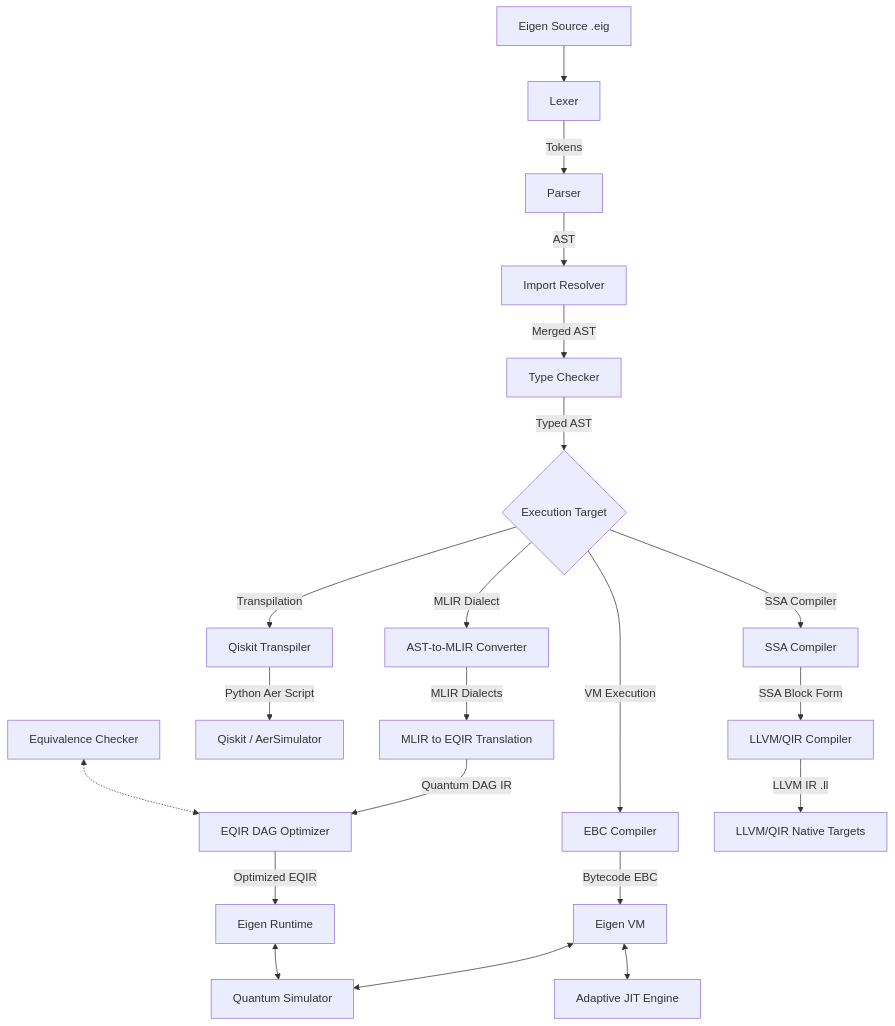
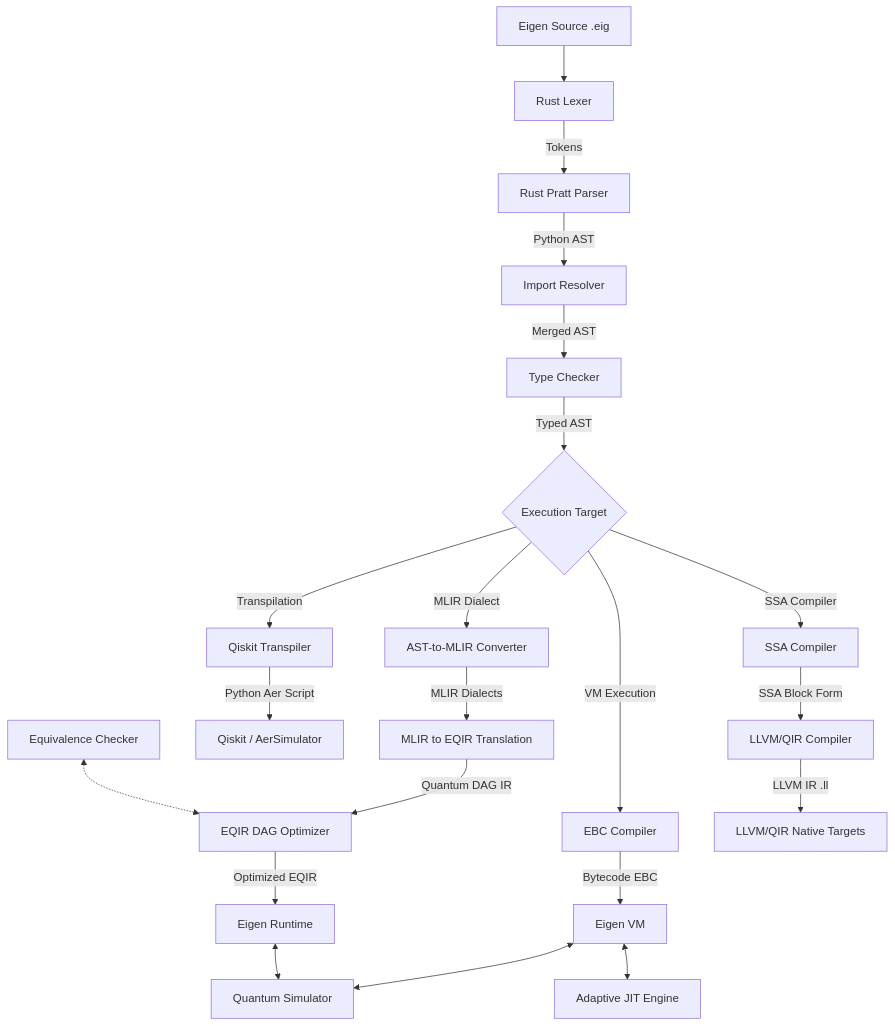
Before and after one commit to Eigenresearch/Eigen: the diagram in README.md, drawn with Mermaid. The commit also changed other lines of this file and 69 other files, not shown here.

````diff
--- a/README.md
+++ b/README.md
@@ -39,29 +42,29 @@
 ```mermaid
 graph TD
-    Source[Eigen Source .eig] --> Lexer[Lexer]
-    Lexer -->|Tokens| Parser[Parser]
-    Parser -->|AST| ImportResolver[Import Resolver]
+    Source[Eigen Source .eig] --> Lexer[Rust Lexer]
+    Lexer -->|Tokens| Parser[Rust Pratt Parser]
+    Parser -->|Python AST| ImportResolver[Import Resolver]
     ImportResolver -->|Merged AST| TypeChecker[Type Checker]
     TypeChecker -->|Typed AST| PipelineBranch{Execution Target}
     
     PipelineBranch -->|VM Execution| EBCCompiler[EBC Compiler]
     EBCCompiler -->|Bytecode EBC| VM[Eigen VM]
     VM <--> Simulator[Quantum Simulator]
     VM <--> JIT[Adaptive JIT Engine]
     
     PipelineBranch -->|MLIR Dialect| MLIRGen[AST-to-MLIR Converter]
     MLIRGen -->|MLIR Dialects| MLIROpt[MLIR to EQIR Translation]
     
     MLIROpt -->|Quantum DAG IR| Optimizer[EQIR DAG Optimizer]
     Optimizer -->|Optimized EQIR| Runtime[Eigen Runtime]
     Runtime <--> Simulator
     
     PipelineBranch -->|Transpilation| QiskitBackend[Qiskit Transpiler]
     QiskitBackend -->|Python Aer Script| Qiskit[Qiskit / AerSimulator]
     
     PipelineBranch -->|SSA Compiler| SSACompiler[SSA Compiler]
     SSACompiler -->|SSA Block Form| LLVMCompiler[LLVM/QIR Compiler]
     LLVMCompiler -->|LLVM IR .ll| QIR[LLVM/QIR Native Targets]
     
     SubGraphEquiv[Equivalence Checker] <.-> Optimizer
 ```
````
